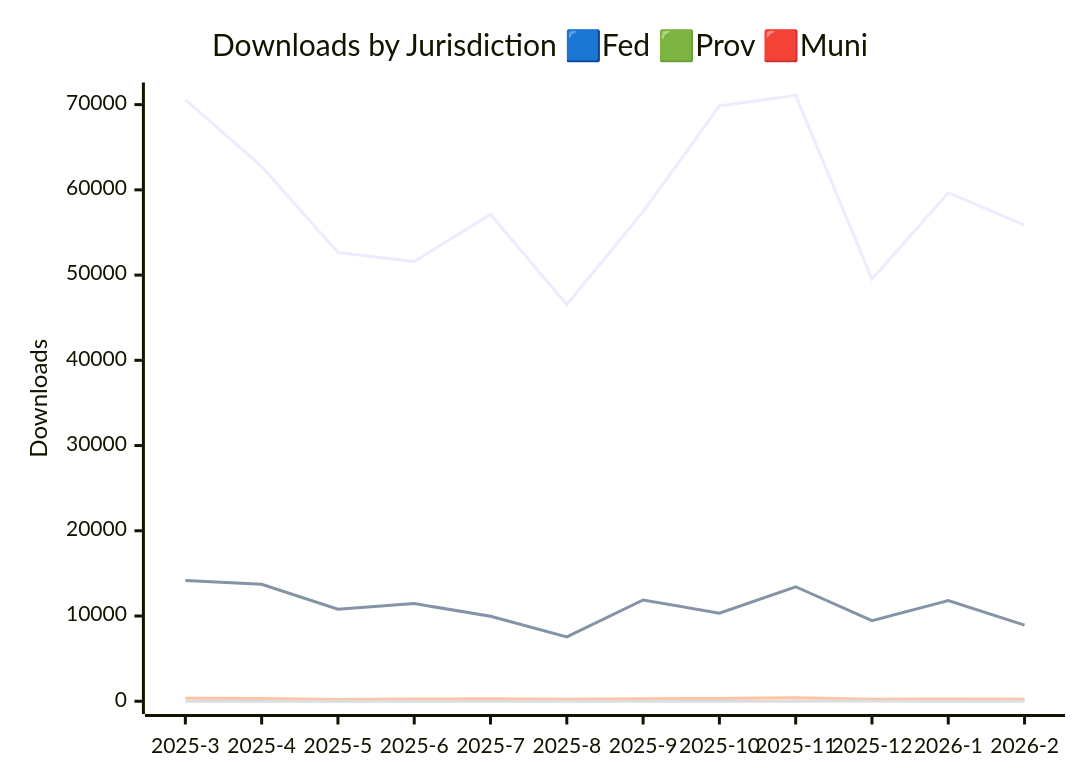
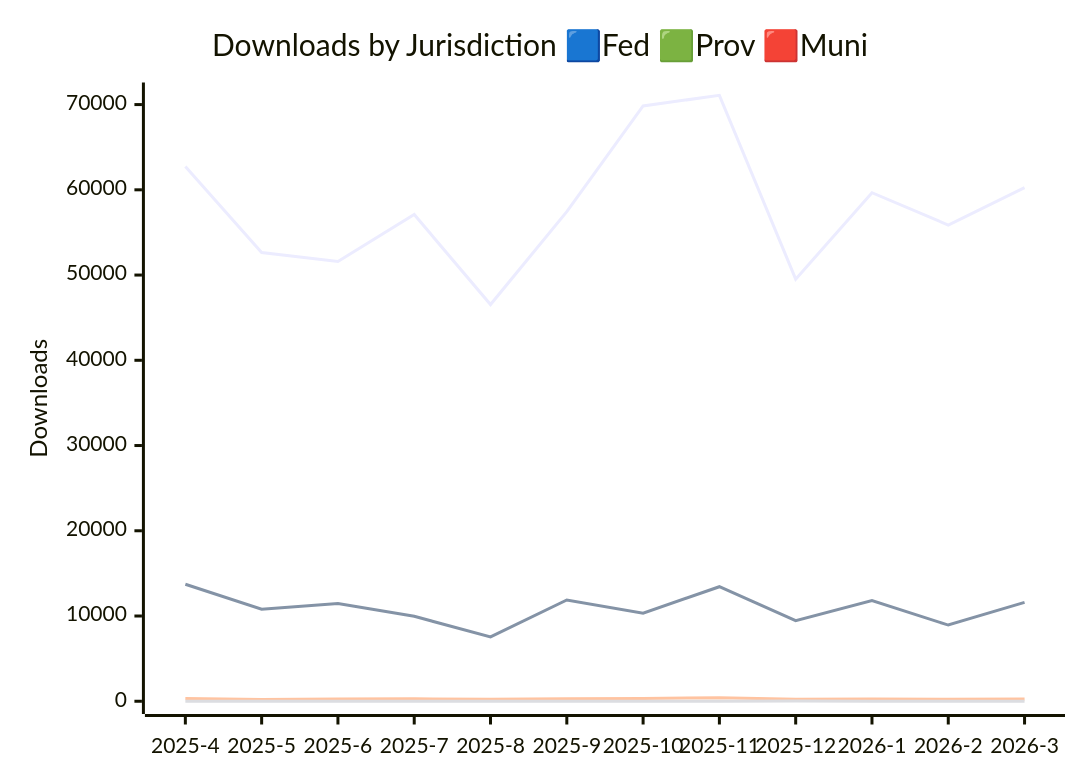
Before and after one commit to open-data/analytics-corporate-reporting: the first of 3 diagrams in JURISDICTION_ANALYTICS_REPORT/readme.md, drawn with Mermaid. The commit also changed other lines of this file and 3 other files, not shown here.

````diff
--- a/JURISDICTION_ANALYTICS_REPORT/readme.md
+++ b/JURISDICTION_ANALYTICS_REPORT/readme.md
@@ -13,11 +13,11 @@
 ```mermaid
 
 xychart-beta
     title "Downloads by Jurisdiction 🟦Fed 🟩Prov 🟥Muni"
-    x-axis [2025-3, 2025-4, 2025-5, 2025-6, 2025-7, 2025-8, 2025-9, 2025-10, 2025-11, 2025-12, 2026-1, 2026-2]
-    y-axis "Downloads" 0 --> 71099
-    line [70580, 62739, 52642, 51602, 57101, 46542, 57440, 69839, 71089, 49518, 59661, 55871]
-    line [14179, 13729, 10798, 11459, 9966, 7546, 11885, 10332, 13435, 9459, 11817, 8939]
-    line [356, 325, 212, 271, 279, 234, 305, 313, 420, 224, 270, 228]
-    line [0, 0, 0, 0, 0, 0, 0, 3, 2, 17, 6, 2]
+    x-axis [2025-4, 2025-5, 2025-6, 2025-7, 2025-8, 2025-9, 2025-10, 2025-11, 2025-12, 2026-1, 2026-2, 2026-3]
+    y-axis "Downloads" 0 --> 71094
+    line [62734, 52642, 51594, 57098, 46540, 57439, 69839, 71084, 49517, 59661, 55871, 60251]
+    line [13729, 10798, 11459, 9966, 7546, 11885, 10332, 13435, 9459, 11817, 8939, 11603]
+    line [325, 212, 271, 279, 234, 305, 313, 420, 224, 270, 228, 269]
+    line [0, 0, 0, 0, 0, 0, 3, 2, 17, 6, 2, 12]
 ```
````
